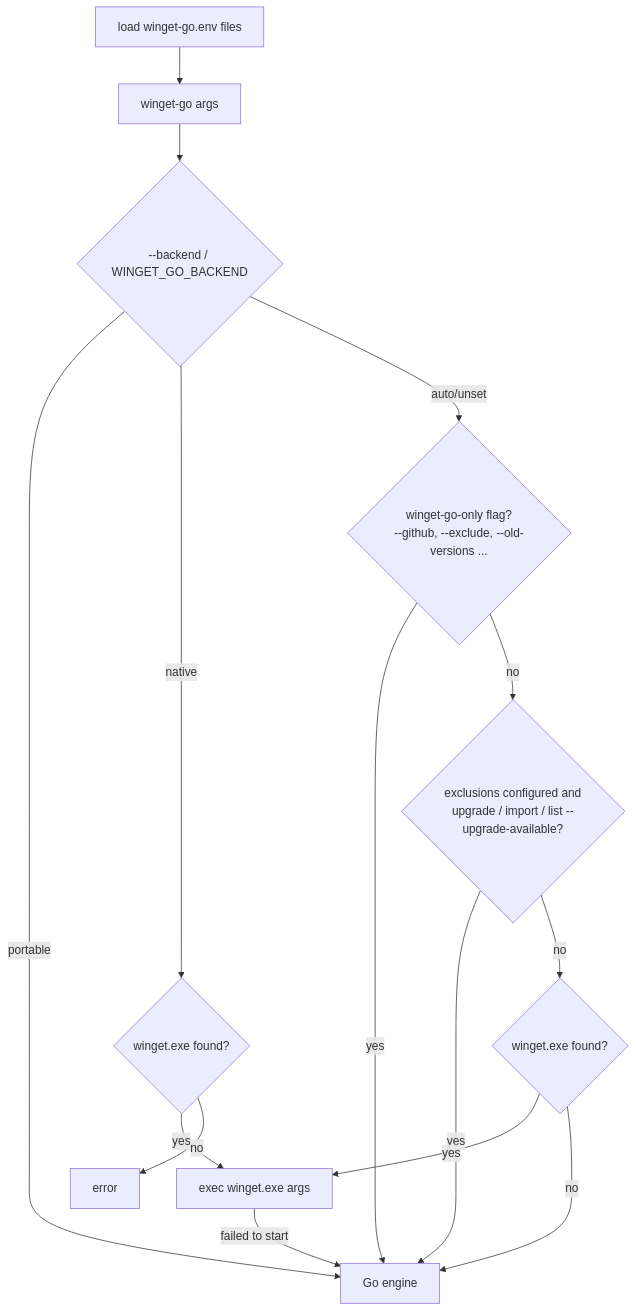
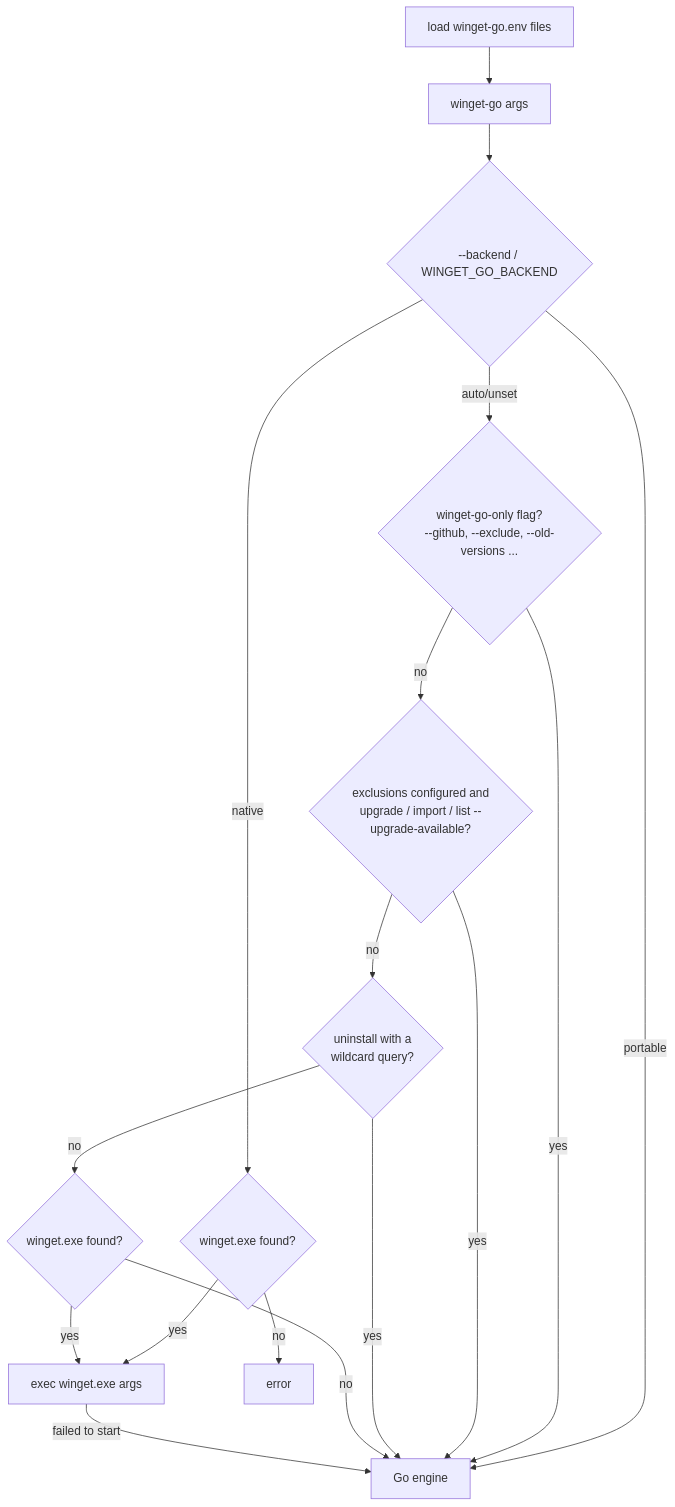
One commit to badamsz/winget-go changed the first of 3 diagrams in docs/ARCHITECTURE.md. Above: the diagram before and after it, drawn with Mermaid. The commit also changed other lines of this file and 6 other files, not shown here.

Commit message:
uninstall: wildcard queries (glob on Id/name) with confirmation and exclusions

````diff
--- a/docs/ARCHITECTURE.md
+++ b/docs/ARCHITECTURE.md
@@ -21,17 +21,19 @@
 ```mermaid
 flowchart TD
     S[load winget-go.env files] --> A
     A[winget-go args] --> B{--backend / WINGET_GO_BACKEND}
     B -- portable --> P[Go engine]
     B -- native --> N{winget.exe found?}
     N -- yes --> X[exec winget.exe args]
     N -- no --> E[error]
     B -- auto/unset --> G{winget-go-only flag?<br/>--github, --exclude, --old-versions ...}
     G -- yes --> P
     G -- no --> XC{exclusions configured and<br/>upgrade / import / list --upgrade-available?}
     XC -- yes --> P
-    XC -- no --> F{winget.exe found?}
+    XC -- no --> WU{uninstall with a<br/>wildcard query?}
+    WU -- yes --> P
+    WU -- no --> F{winget.exe found?}
     F -- yes --> X
     F -- no --> P
     X -- failed to start --> P
 ```
````
